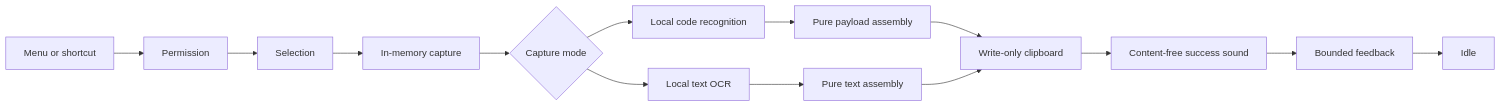
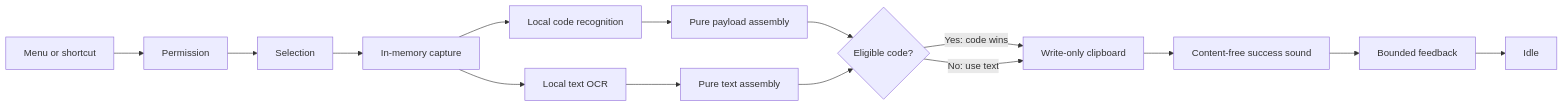
Before and after one commit to bennetthilberg/copylasso: the diagram in docs/architecture/capture-workflow.md, drawn with Mermaid. The commit also changed other lines of this file and 40 other files, not shown here.

Commit message:
unify text and code capture

````diff
--- a/docs/architecture/capture-workflow.md
+++ b/docs/architecture/capture-workflow.md
@@ -7,16 +7,17 @@
 ```mermaid
 flowchart LR
   Request["Menu or shortcut"] --> Permission["Permission"]
   Permission --> Selection["Selection"]
   Selection --> Capture["In-memory capture"]
-  Capture --> Mode{"Capture mode"}
-  Mode --> OCR["Local text OCR"]
-  Mode --> Barcode["Local code recognition"]
+  Capture --> OCR["Local text OCR"]
+  Capture --> Barcode["Local code recognition"]
   OCR --> Assembly["Pure text assembly"]
   Barcode --> CodeAssembly["Pure payload assembly"]
-  CodeAssembly --> Clipboard
-  Assembly --> Clipboard["Write-only clipboard"]
+  CodeAssembly --> Precedence{"Eligible code?"}
+  Assembly --> Precedence
+  Precedence -->|"Yes: code wins"| Clipboard["Write-only clipboard"]
+  Precedence -->|"No: use text"| Clipboard
   Clipboard --> Sound["Content-free success sound"]
   Sound --> Feedback["Bounded feedback"]
   Feedback --> Idle["Idle"]
 ```
````
